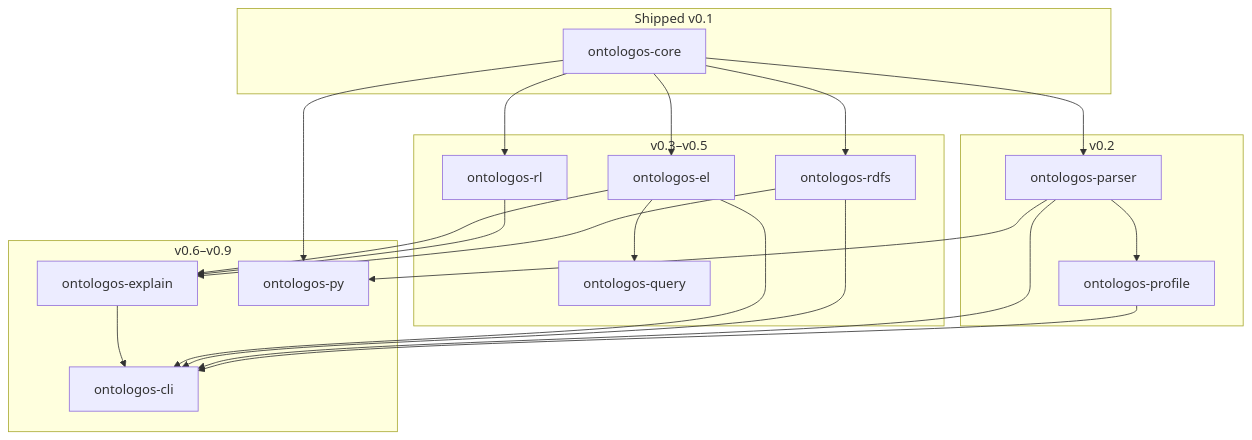
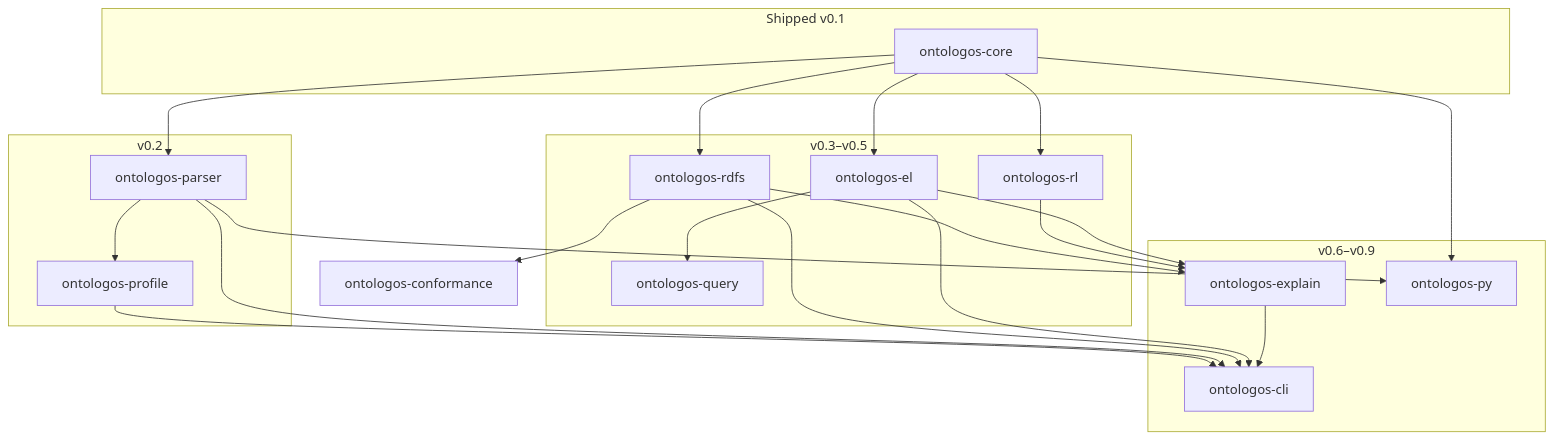
One commit to eddiethedean/ontologos changed the first of 2 diagrams in ROADMAP.md. Above: the diagram before and after it, drawn with Mermaid. The commit also changed other lines of this file and 12 other files, not shown here.

First line of the commit message:
Add HermiT conformance harness and align roadmap with profile-by-profile replacement.

````diff
--- a/ROADMAP.md
+++ b/ROADMAP.md
@@ -53,41 +55,44 @@
 ```mermaid
 flowchart TB
   subgraph shipped [Shipped v0.1]
     core[ontologos-core]
   end
 
   subgraph v02 [v0.2]
     parser[ontologos-parser]
     profile[ontologos-profile]
   end
 
   subgraph engines [v0.3–v0.5]
     rdfs[ontologos-rdfs]
     rl[ontologos-rl]
     el[ontologos-el]
     query[ontologos-query]
   end
 
   subgraph surface [v0.6–v0.9]
     explain[ontologos-explain]
     cli[ontologos-cli]
     py[ontologos-py]
   end
 
+  conformance[ontologos-conformance]
+
   core --> parser
   parser --> profile
   core --> rdfs
   core --> rl
   core --> el
   el --> query
   rdfs --> explain
   rl --> explain
   el --> explain
   profile --> cli
   parser --> cli
   rdfs --> cli
+  rdfs --> conformance
   el --> cli
   explain --> cli
   core --> py
   parser --> py
 ```
````
